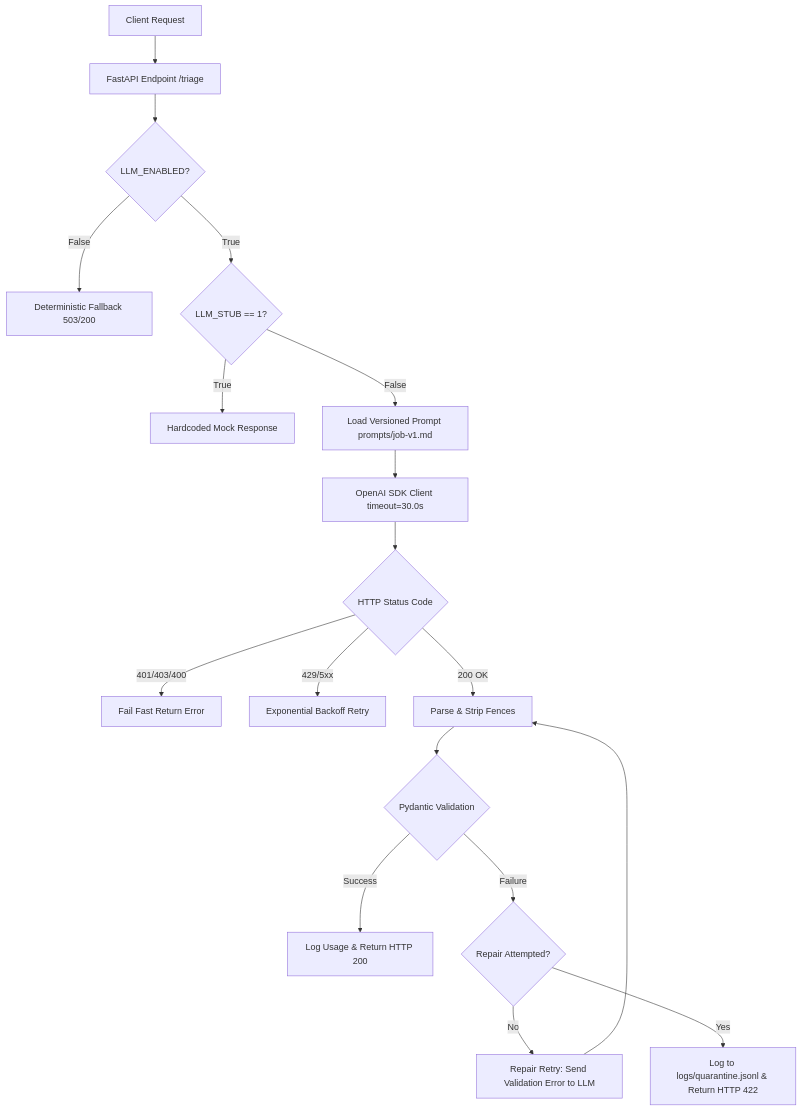
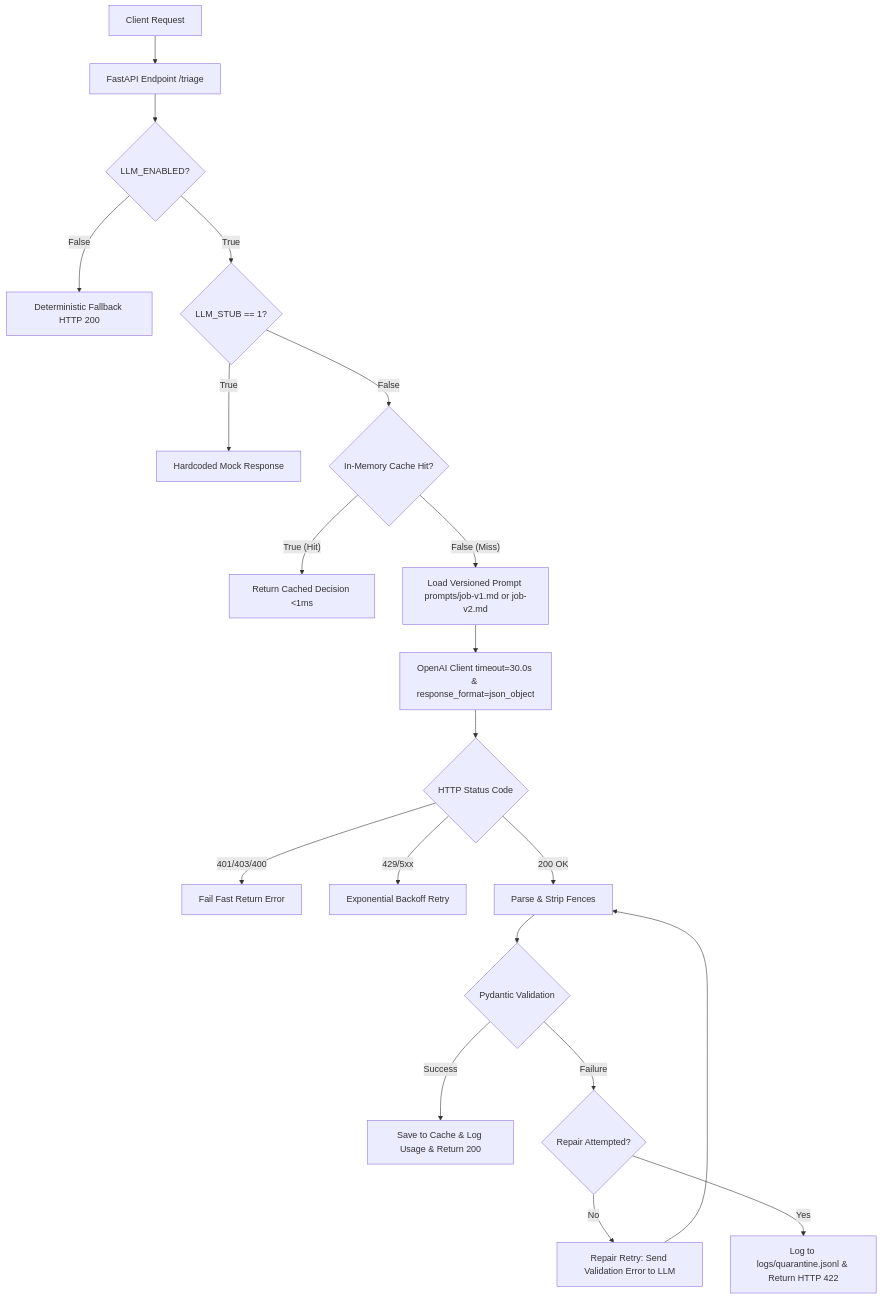
Before and after one commit to Mirah-003/llm-api: the diagram in README.md, drawn with Mermaid. The commit also changed other lines of this file and 13 other files, not shown here.

Commit message:
Fix: comprehensive audit resolutions (logs ignored, error leaks patched, eval urgencies checked)

````diff
--- a/README.md
+++ b/README.md
@@ -11,20 +11,22 @@
 ```mermaid
 flowchart TD
     A[Client Request] --> B[FastAPI Endpoint /triage]
     B --> C{LLM_ENABLED?}
-    C -- False --> D[Deterministic Fallback 503/200]
+    C -- False --> D[Deterministic Fallback HTTP 200]
     C -- True --> E{LLM_STUB == 1?}
     E -- True --> F[Hardcoded Mock Response]
-    E -- False --> G[Load Versioned Prompt prompts/job-v1.md]
-    G --> H[OpenAI SDK Client timeout=30.0s]
-    H --> I{HTTP Status Code}
-    I -- 401/403/400 --> J[Fail Fast Return Error]
-    I -- 429/5xx --> K[Exponential Backoff Retry]
-    I -- 200 OK --> L[Parse & Strip Fences]
-    L --> M{Pydantic Validation}
-    M -- Success --> N[Log Usage & Return HTTP 200]
-    M -- Failure --> O{Repair Attempted?}
-    O -- No --> P[Repair Retry: Send Validation Error to LLM]
-    P --> L
-    O -- Yes --> Q[Log to logs/quarantine.jsonl & Return HTTP 422]
+    E -- False --> G{In-Memory Cache Hit?}
+    G -- True (Hit) --> H[Return Cached Decision <1ms]
+    G -- False (Miss) --> I[Load Versioned Prompt prompts/job-v1.md or job-v2.md]
+    I --> J[OpenAI Client timeout=30.0s & response_format=json_object]
+    J --> K{HTTP Status Code}
+    K -- 401/403/400 --> L[Fail Fast Return Error]
+    K -- 429/5xx --> M[Exponential Backoff Retry]
+    K -- 200 OK --> N[Parse & Strip Fences]
+    N --> O{Pydantic Validation}
+    O -- Success --> P[Save to Cache & Log Usage & Return 200]
+    O -- Failure --> Q{Repair Attempted?}
+    Q -- No --> R[Repair Retry: Send Validation Error to LLM]
+    R --> N
+    Q -- Yes --> S[Log to logs/quarantine.jsonl & Return HTTP 422]
 ```
````
